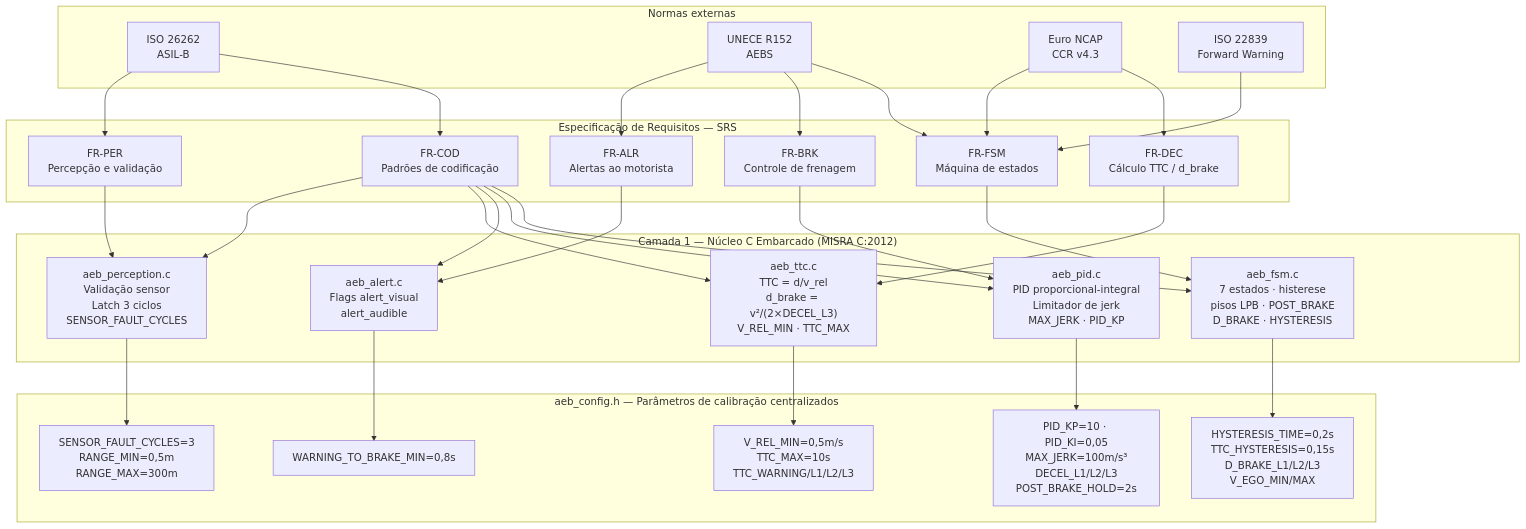
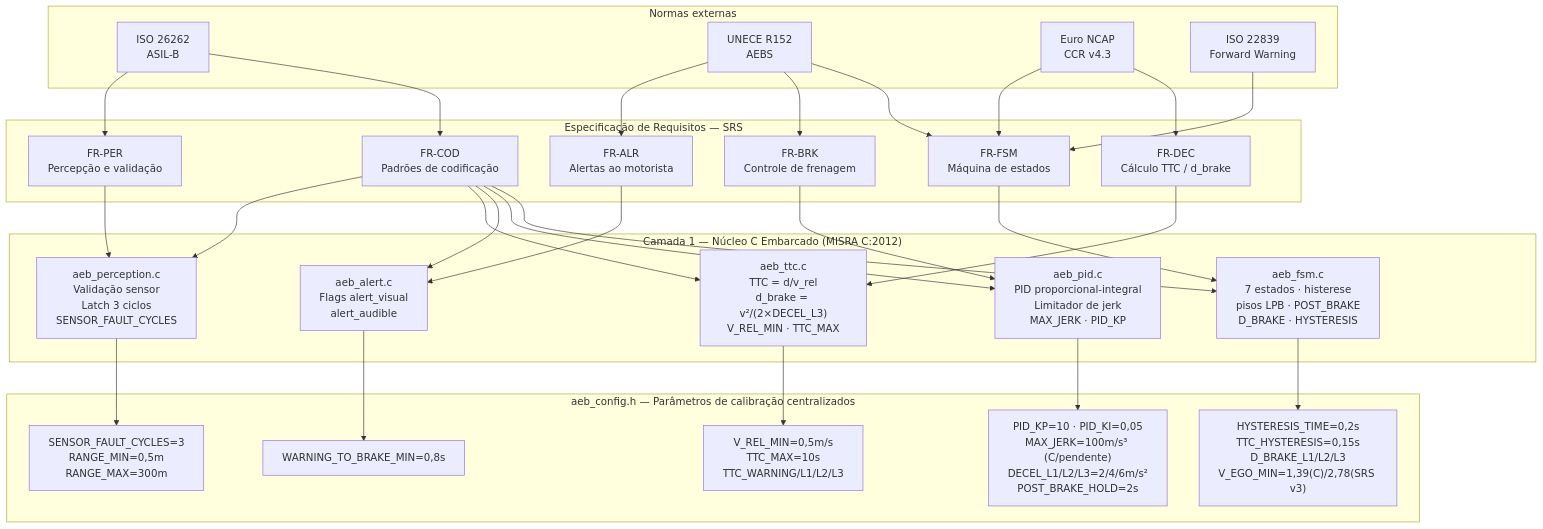
The fifth of 5 diagrams in wiki/Analise-de-Requisitos.md (renatosfagundes/AEB_Sim), drawn with Mermaid before and after one commit. The commit also changed other lines of this file, not shown here.

First line of the commit message:
docs(wiki): apply SRS v3 corrections to Analise-de-Requisitos

````diff
--- a/wiki/Analise-de-Requisitos.md
+++ b/wiki/Analise-de-Requisitos.md
@@ -674,46 +689,46 @@
 ```mermaid
 flowchart TB
     subgraph NORMAS["Normas externas"]
         ISO["ISO 26262\nASIL-B"]
         UNECE["UNECE R152\nAEBS"]
         NCAP["Euro NCAP\nCCR v4.3"]
         ISO22["ISO 22839\nForward Warning"]
     end
 
     subgraph SRS["Especificação de Requisitos — SRS"]
         FRPER["FR-PER\nPercepção e validação"]
         FRDEC["FR-DEC\nCálculo TTC / d_brake"]
         FRALR["FR-ALR\nAlertas ao motorista"]
         FRBRK["FR-BRK\nControle de frenagem"]
         FRFSM["FR-FSM\nMáquina de estados"]
         FRCOD["FR-COD\nPadrões de codificação"]
     end
 
     subgraph C1["Camada 1 — Núcleo C Embarcado (MISRA C:2012)"]
         PER["aeb_perception.c\nValidação sensor\nLatch 3 ciclos\nSENSOR_FAULT_CYCLES"]
         TTC["aeb_ttc.c\nTTC = d/v_rel\nd_brake = v²/(2×DECEL_L3)\nV_REL_MIN · TTC_MAX"]
         ALR["aeb_alert.c\nFlags alert_visual\nalert_audible"]
         PID["aeb_pid.c\nPID proporcional-integral\nLimitador de jerk\nMAX_JERK · PID_KP"]
         FSM["aeb_fsm.c\n7 estados · histerese\npisos LPB · POST_BRAKE\nD_BRAKE · HYSTERESIS"]
     end
 
     subgraph CFG["aeb_config.h — Parâmetros de calibração centralizados"]
         P1["SENSOR_FAULT_CYCLES=3\nRANGE_MIN=0,5m\nRANGE_MAX=300m"]
         P2["V_REL_MIN=0,5m/s\nTTC_MAX=10s\nTTC_WARNING/L1/L2/L3"]
         P3["WARNING_TO_BRAKE_MIN=0,8s"]
-        P4["PID_KP=10 · PID_KI=0,05\nMAX_JERK=100m/s³\nDECEL_L1/L2/L3\nPOST_BRAKE_HOLD=2s"]
-        P5["HYSTERESIS_TIME=0,2s\nTTC_HYSTERESIS=0,15s\nD_BRAKE_L1/L2/L3\nV_EGO_MIN/MAX"]
+        P4["PID_KP=10 · PID_KI=0,05\nMAX_JERK=100m/s³ (C/pendente)\nDECEL_L1/L2/L3=2/4/6m/s²\nPOST_BRAKE_HOLD=2s"]
+        P5["HYSTERESIS_TIME=0,2s\nTTC_HYSTERESIS=0,15s\nD_BRAKE_L1/L2/L3\nV_EGO_MIN=1,39(C)/2,78(SRS v3)"]
     end
 
     ISO --> FRPER & FRCOD
     UNECE --> FRALR & FRBRK & FRFSM
     NCAP --> FRFSM & FRDEC
     ISO22 --> FRFSM
 
     FRPER --> PER --> P1
     FRDEC --> TTC --> P2
     FRALR --> ALR --> P3
     FRBRK --> PID --> P4
     FRFSM --> FSM --> P5
     FRCOD --> PER & TTC & ALR & PID & FSM
 ```
````
